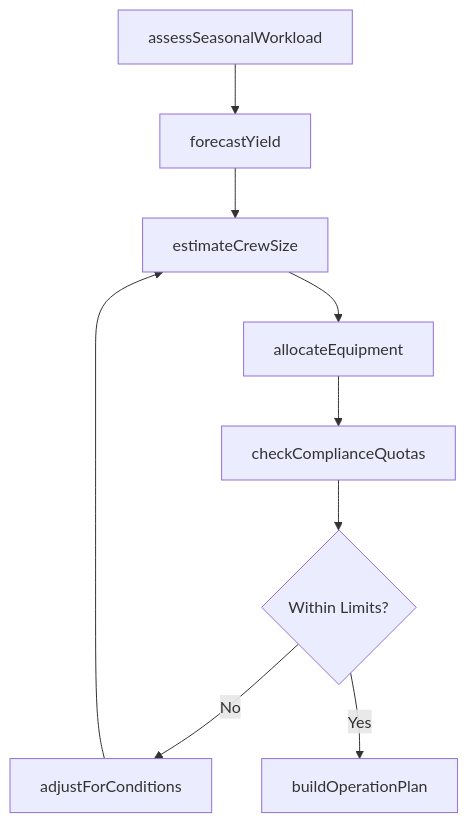
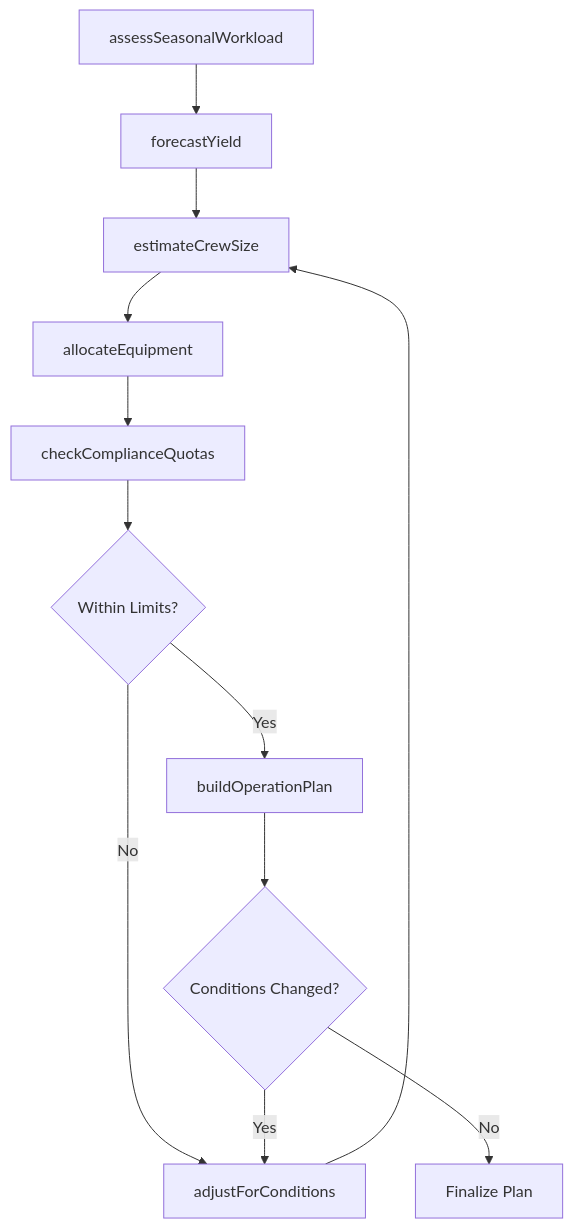
The third of 4 diagrams in MakingDecisionsAndSolvingProblems/DetermineResourceNeedsOfProjectsOrOperations/EstimateLaborResourceRequirementsForestry.mdx (dot-org-ai/tasks.org.ai), drawn with Mermaid before and after one commit. The commit also changed other lines of this file and 504 other files, not shown here.

First line of the commit message:
feat: Add ER diagrams, state diagrams, and workflow improvements to 96 DWA task files

````diff
--- a/MakingDecisionsAndSolvingProblems/DetermineResourceNeedsOfProjectsOrOperations/EstimateLaborResourceRequirementsForestry.mdx
+++ b/MakingDecisionsAndSolvingProblems/DetermineResourceNeedsOfProjectsOrOperations/EstimateLaborResourceRequirementsForestry.mdx
@@ -85,11 +113,14 @@
 ```mermaid
 graph TD
     A[assessSeasonalWorkload] --> B[forecastYield]
     B --> C[estimateCrewSize]
     C --> D[allocateEquipment]
     D --> E[checkComplianceQuotas]
     E --> F{Within Limits?}
     F -->|No| G[adjustForConditions]
     G --> C
     F -->|Yes| H[buildOperationPlan]
+    H --> I{Conditions Changed?}
+    I -->|Yes| G
+    I -->|No| J[Finalize Plan]
 ```
````
